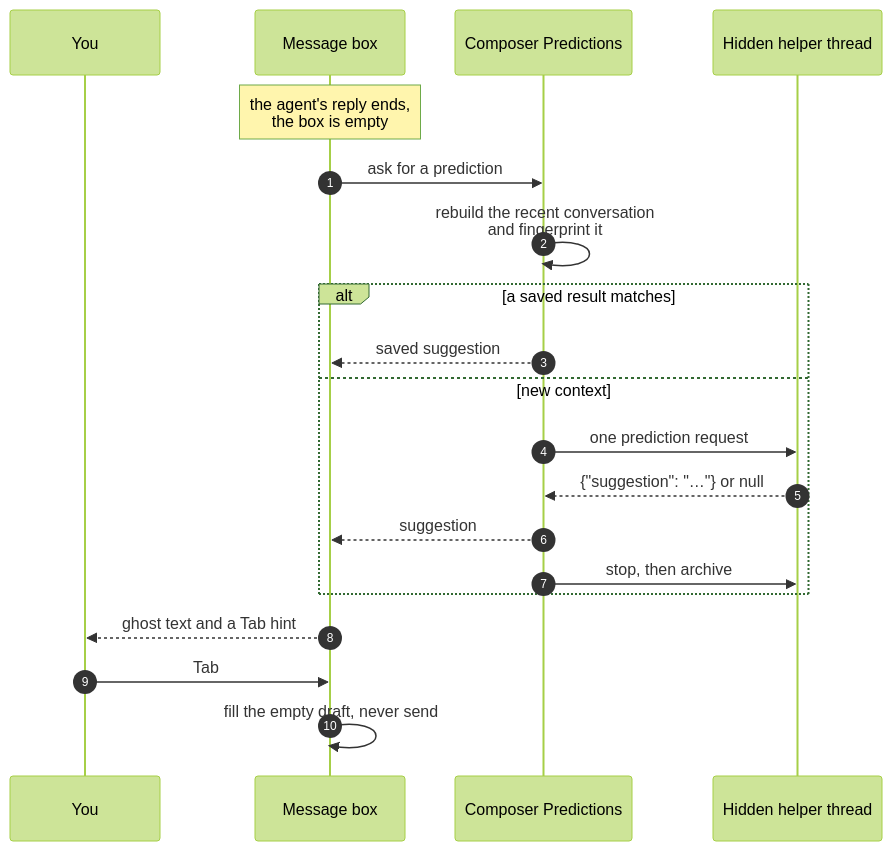
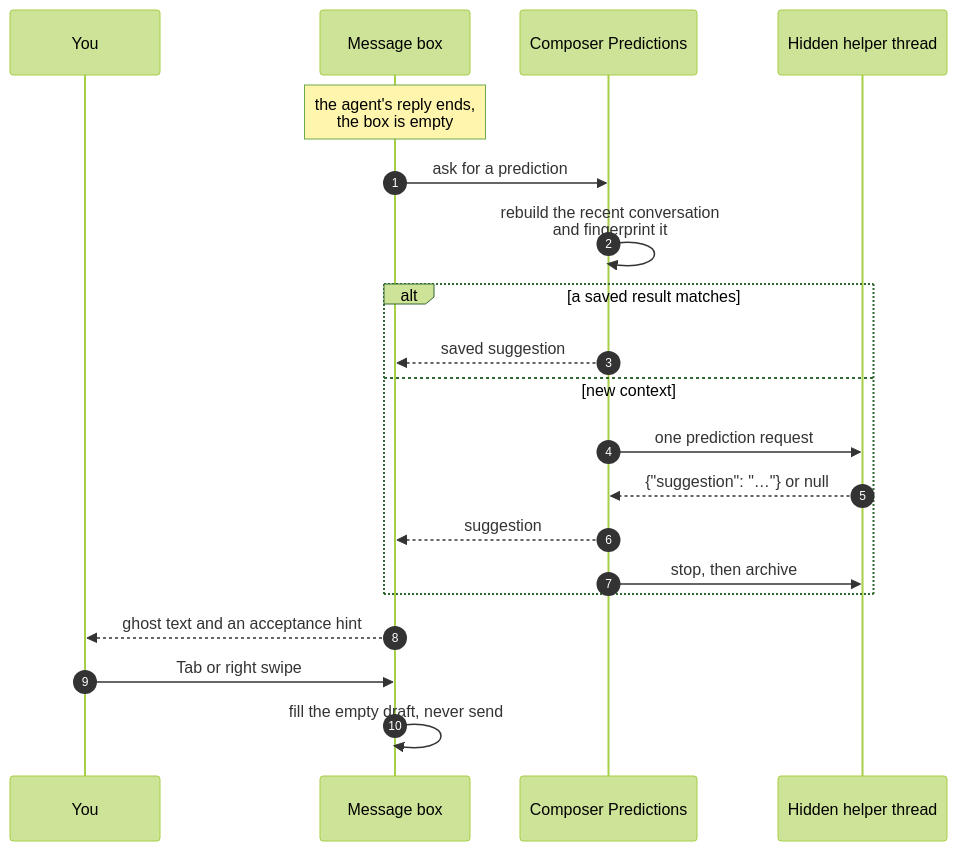
Before and after one commit to MacHatter1/bb-plugin-composer-predictions: the diagram in README.md, drawn with Mermaid (forest theme). The commit also changed other lines of this file and 16 other files, not shown here.

Commit message:
Add mobile swipe acceptance and avoid redundant predictions

````diff
--- a/README.md
+++ b/README.md
@@ -159,23 +161,23 @@
 ```mermaid
 sequenceDiagram
     autonumber
     participant You
     participant Composer as Message box
     participant Plugin as Composer Predictions
     participant Helper as Hidden helper thread
 
     Note over Composer: the agent's reply ends,<br/>the box is empty
     Composer->>Plugin: ask for a prediction
     Plugin->>Plugin: rebuild the recent conversation<br/>and fingerprint it
     alt a saved result matches
         Plugin-->>Composer: saved suggestion
     else new context
         Plugin->>Helper: one prediction request
         Helper-->>Plugin: {"suggestion": "…"} or null
         Plugin-->>Composer: suggestion
         Plugin->>Helper: stop, then archive
     end
-    Composer-->>You: ghost text and a Tab hint
-    You->>Composer: Tab
+    Composer-->>You: ghost text and an acceptance hint
+    You->>Composer: Tab or right swipe
     Composer->>Composer: fill the empty draft, never send
 ```
````
